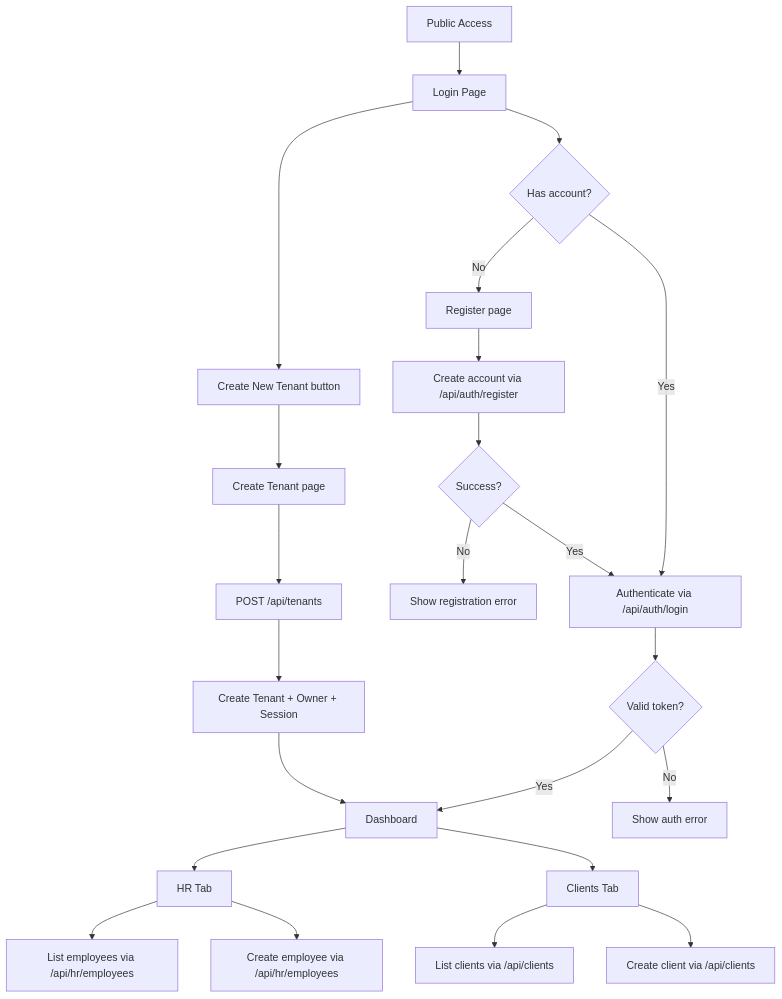
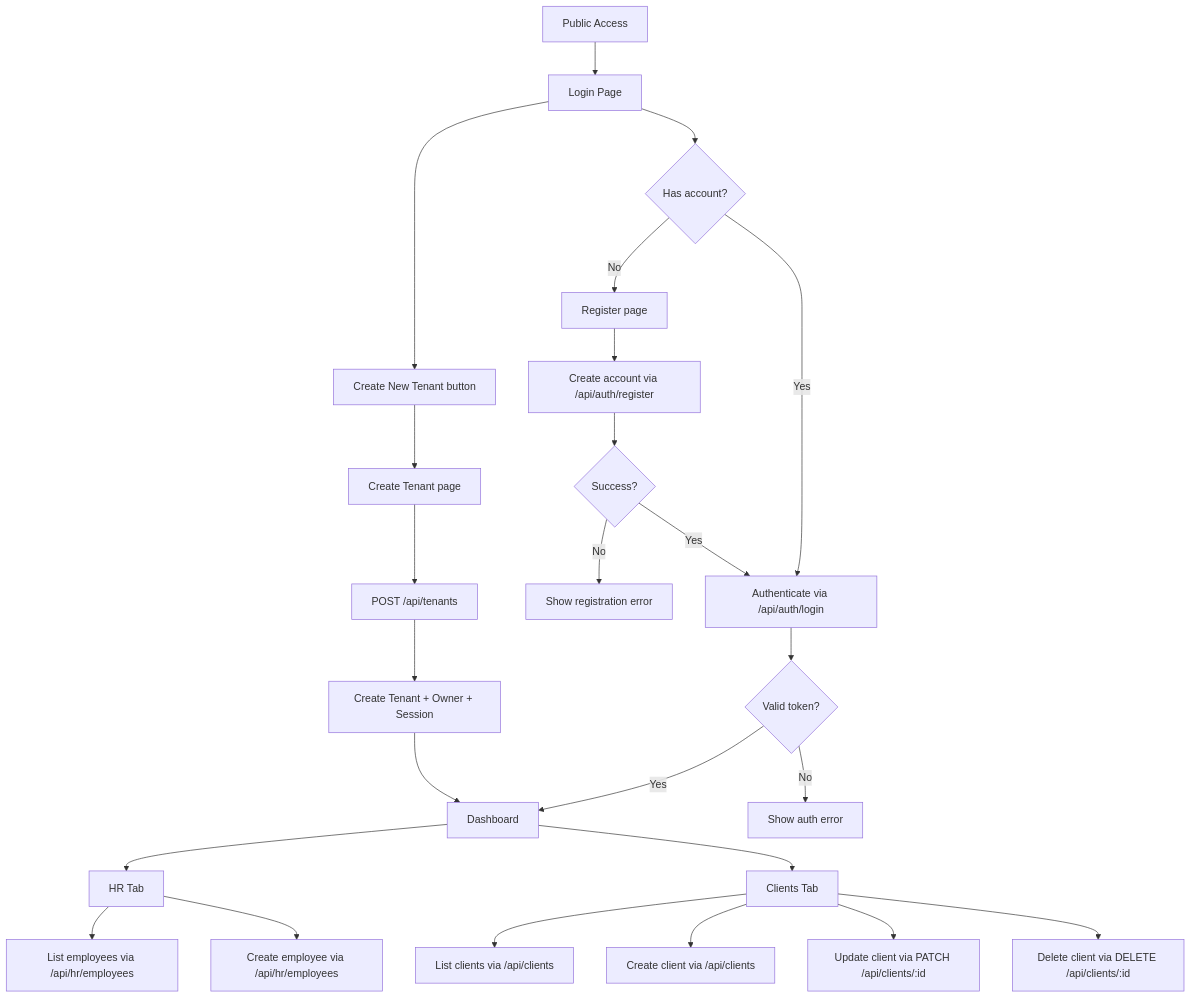
The first of 2 diagrams in docs/current-process-flow.md (ABravo2025/northstack), drawn with Mermaid before and after one commit. The commit also changed other lines of this file and 2 other files, not shown here.

Commit message:
Update docs to reflect clients module, frontend, and Employee.email fix

````diff
--- a/docs/current-process-flow.md
+++ b/docs/current-process-flow.md
@@ -7,29 +9,31 @@
 ```mermaid
 flowchart TD
   A[Public Access] --> B[Login Page]
   B --> C{Has account?}
   C -->|Yes| D[Authenticate via /api/auth/login]
   C -->|No| E[Register page]
   D --> F{Valid token?}
   F -->|Yes| G[Dashboard]
   F -->|No| H[Show auth error]
 
   E --> I[Create account via /api/auth/register]
   I --> J{Success?}
   J -->|Yes| D
   J -->|No| K[Show registration error]
 
   B --> L[Create New Tenant button]
   L --> M[Create Tenant page]
   M --> N[POST /api/tenants]
   N --> O[Create Tenant + Owner + Session]
   O --> G
 
   G --> P[HR Tab]
   P --> Q[List employees via /api/hr/employees]
   P --> R[Create employee via /api/hr/employees]
 
   G --> S[Clients Tab]
   S --> T[List clients via /api/clients]
   S --> U[Create client via /api/clients]
+  S --> V[Update client via PATCH /api/clients/:id]
+  S --> W[Delete client via DELETE /api/clients/:id]
 ```
````
